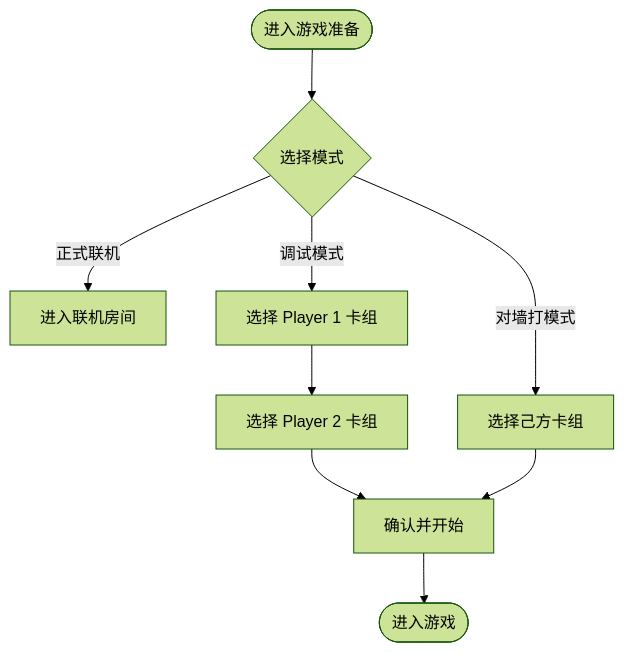
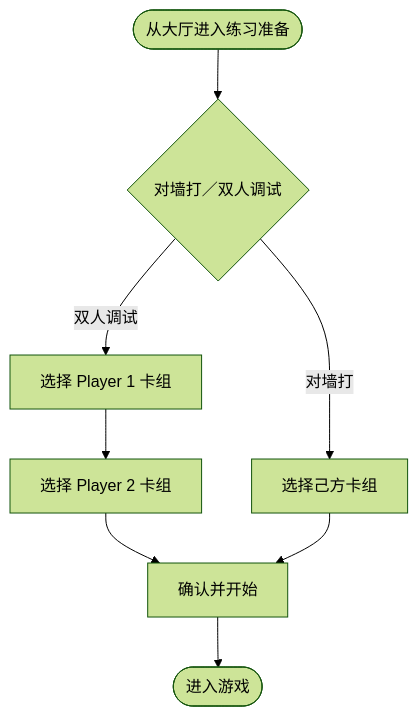
The first of 3 diagrams in docs/solitaire-mode-requirements.md (catmeow123456/loveca-dev), drawn with Mermaid (forest theme) before and after one commit. The commit also changed other lines of this file and 18 other files, not shown here.

````diff
--- a/docs/solitaire-mode-requirements.md
+++ b/docs/solitaire-mode-requirements.md
@@ -63,11 +64,10 @@
 ```mermaid
 flowchart TD
-    Start(["进入游戏准备"]) --> ModeSelect{"选择模式"}
-    ModeSelect -->|"正式联机"| OnlineRoom["进入联机房间"]
-    ModeSelect -->|"调试模式"| P1Select["选择 Player 1 卡组"]
-    ModeSelect -->|"对墙打模式"| SoloSelect["选择己方卡组"]
+    Start(["从大厅进入练习准备"]) --> ModeSelect{"对墙打／双人调试"}
+    ModeSelect -->|"双人调试"| P1Select["选择 Player 1 卡组"]
+    ModeSelect -->|"对墙打"| SoloSelect["选择己方卡组"]
     P1Select --> P2Select["选择 Player 2 卡组"]
     P2Select --> Confirm["确认并开始"]
     SoloSelect --> Confirm
     Confirm --> GameStart(["进入游戏"])
 ```
````
